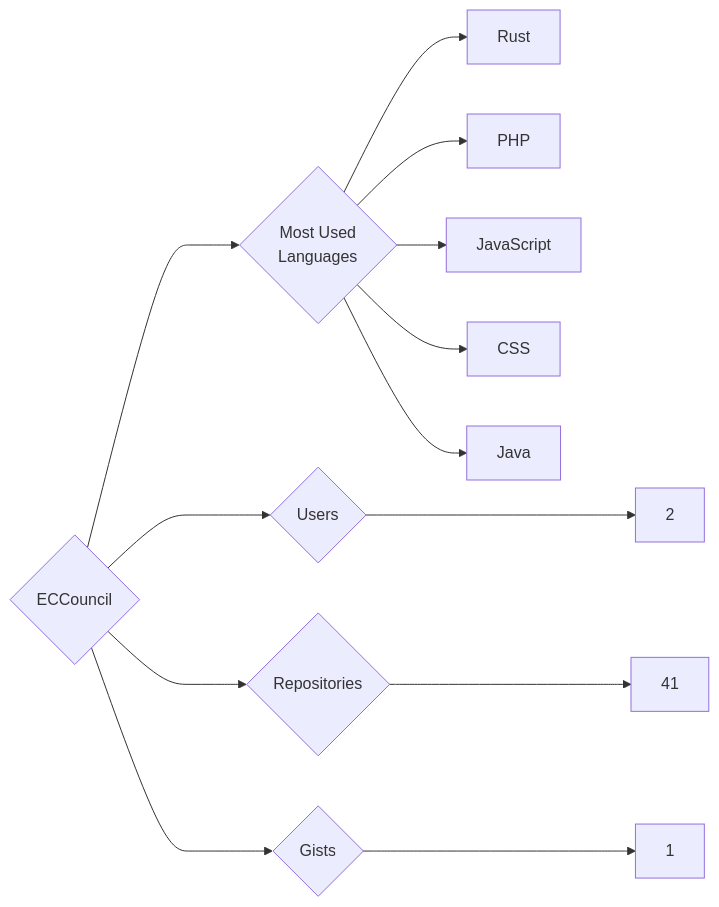
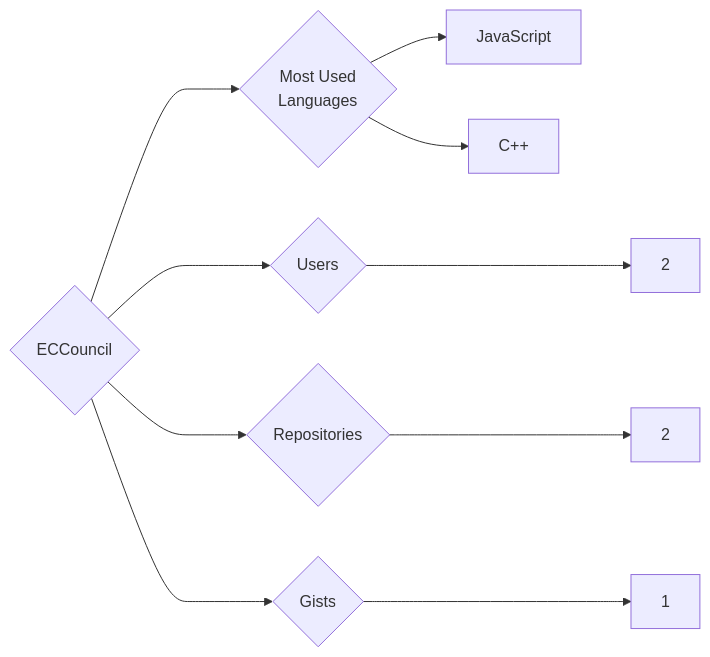
The diagram in targets/ECCouncil/README.md (trickest/insiders), drawn with Mermaid before and after one commit. The commit also changed 873 other files, not shown here.

````diff
--- a/targets/ECCouncil/README.md
+++ b/targets/ECCouncil/README.md
@@ -3,13 +3,10 @@
 ```mermaid
 graph LR
 COMPANY_NAME{ECCouncil}
 COMPANY_NAME ---> U{Users} ---> UN[2]
-COMPANY_NAME ---> R{Repositories} ---> RN[41]
+COMPANY_NAME ---> R{Repositories} ---> RN[2]
 COMPANY_NAME ---> G{Gists} ---> GN[1]
 COMPANY_NAME ---> ML{Most Used<br>Languages}
-ML --> Rust[Rust]
-ML --> PHP[PHP]
 ML --> JavaScript[JavaScript]
-ML --> CSS[CSS]
-ML --> Java[Java]
+ML --> C++[C++]
 ```
````
